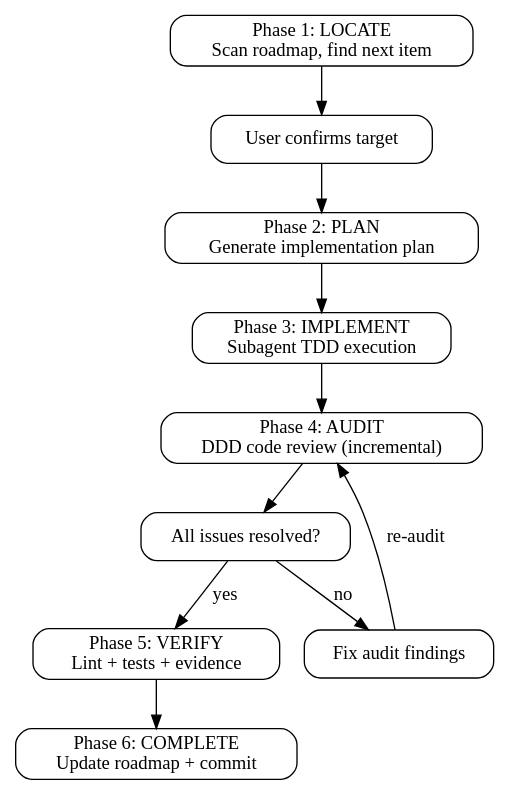
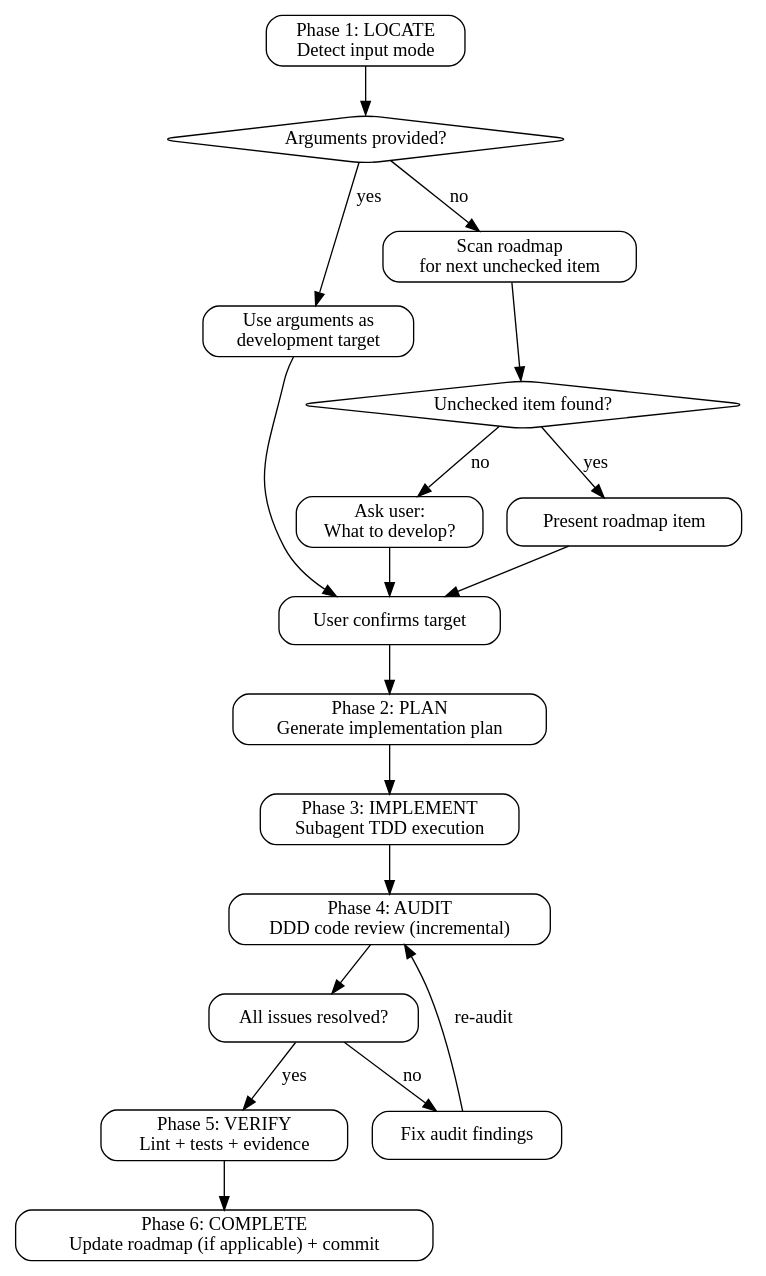
Before and after one commit to litecore-ai/ddd-coding-skills: the first of 3 diagrams in skills/ddd-develop/SKILL.md, drawn with Graphviz. The commit also changed other lines of this file, not shown here.

First line of the commit message:
feat: support ad-hoc development in ddd-develop skill

````diff
--- a/skills/ddd-develop/SKILL.md
+++ b/skills/ddd-develop/SKILL.md
@@ -14,22 +22,37 @@
 ```dot
 digraph ddd_develop {
   rankdir=TB;
   node [shape=box, style=rounded];
 
-  locate [label="Phase 1: LOCATE\nScan roadmap, find next item"];
+  input [label="Phase 1: LOCATE\nDetect input mode"];
+  has_args [label="Arguments provided?" shape=diamond];
+  use_args [label="Use arguments as\ndevelopment target"];
+  scan_roadmap [label="Scan roadmap\nfor next unchecked item"];
+  has_item [label="Unchecked item found?" shape=diamond];
+  use_item [label="Present roadmap item"];
+  ask_user [label="Ask user:\nWhat to develop?"];
   confirm [label="User confirms target"];
   plan [label="Phase 2: PLAN\nGenerate implementation plan"];
   implement [label="Phase 3: IMPLEMENT\nSubagent TDD execution"];
   audit [label="Phase 4: AUDIT\nDDD code review (incremental)"];
   pass [label="All issues resolved?"];
   fix [label="Fix audit findings"];
   verify [label="Phase 5: VERIFY\nLint + tests + evidence"];
-  complete [label="Phase 6: COMPLETE\nUpdate roadmap + commit"];
+  complete [label="Phase 6: COMPLETE\nUpdate roadmap (if applicable) + commit"];
 
-  locate -> confirm -> plan -> implement -> audit -> pass;
+  input -> has_args;
+  has_args -> use_args [label="yes"];
+  has_args -> scan_roadmap [label="no"];
+  scan_roadmap -> has_item;
+  has_item -> use_item [label="yes"];
+  has_item -> ask_user [label="no"];
+  use_args -> confirm;
+  use_item -> confirm;
+  ask_user -> confirm;
+  confirm -> plan -> implement -> audit -> pass;
   pass -> fix [label="no"];
   fix -> audit [label="re-audit"];
   pass -> verify [label="yes"];
   verify -> complete;
 }
 ```
````
